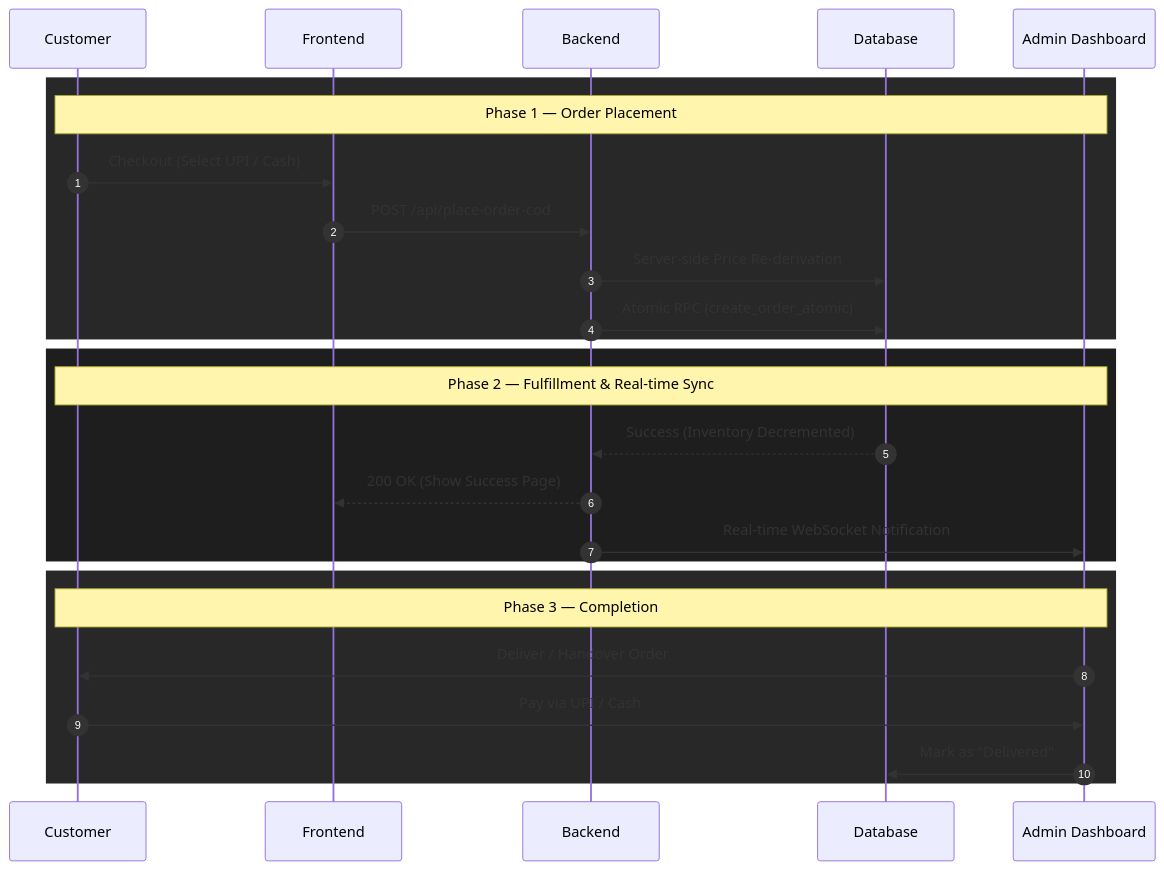
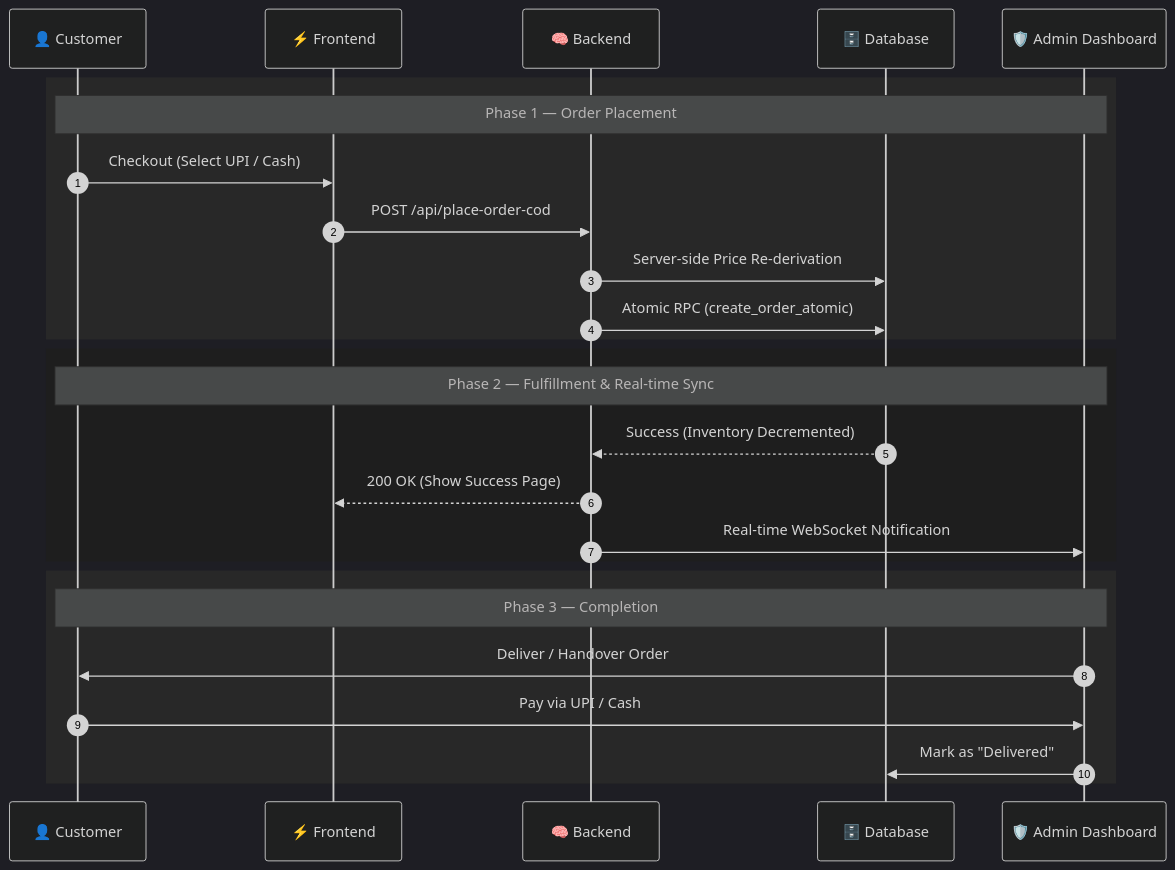
The third of 6 diagrams in README.md (kiran-8287/nescafe-iitpkd), drawn with Mermaid before and after one commit. The commit also changed other lines of this file, not shown here.

Commit message:
docs: enhance README with font-awesome icons, Mermaid themes, and improved structural labeling

````diff
--- a/README.md
+++ b/README.md
@@ -99,31 +101,32 @@
 ```mermaid
+%%{init: { 'theme': 'dark', 'themeVariables': { 'primaryColor': '#D4AF37', 'secondaryColor': '#3E2723' } } }%%
 sequenceDiagram
     autonumber
-    participant U as Customer
-    participant F as Frontend
-    participant B as Backend
-    participant DB as Database
-    participant A as Admin Dashboard
+    participant U as 👤 Customer
+    participant F as ⚡ Frontend
+    participant B as 🧠 Backend
+    participant DB as 🗄️ Database
+    participant A as 🛡️ Admin Dashboard
 
     rect rgb(40, 40, 40)
         Note over U,A: Phase 1 — Order Placement
         U->>F: Checkout (Select UPI / Cash)
         F->>B: POST /api/place-order-cod
         B->>DB: Server-side Price Re-derivation
         B->>DB: Atomic RPC (create_order_atomic)
     end
 
     rect rgb(30, 30, 30)
         Note over U,A: Phase 2 — Fulfillment & Real-time Sync
         DB-->>B: Success (Inventory Decremented)
         B-->>F: 200 OK (Show Success Page)
         B->>A: Real-time WebSocket Notification
     end
 
     rect rgb(40, 40, 40)
         Note over U,A: Phase 3 — Completion
         A->>U: Deliver / Handover Order
         U->>A: Pay via UPI / Cash
         A->>DB: Mark as "Delivered"
     end
 ```
````
